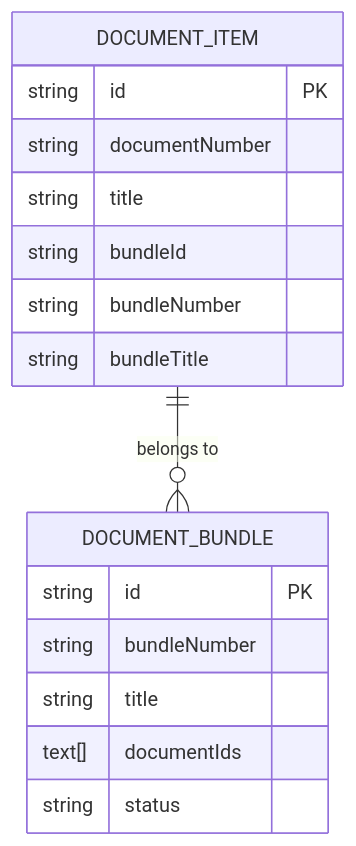
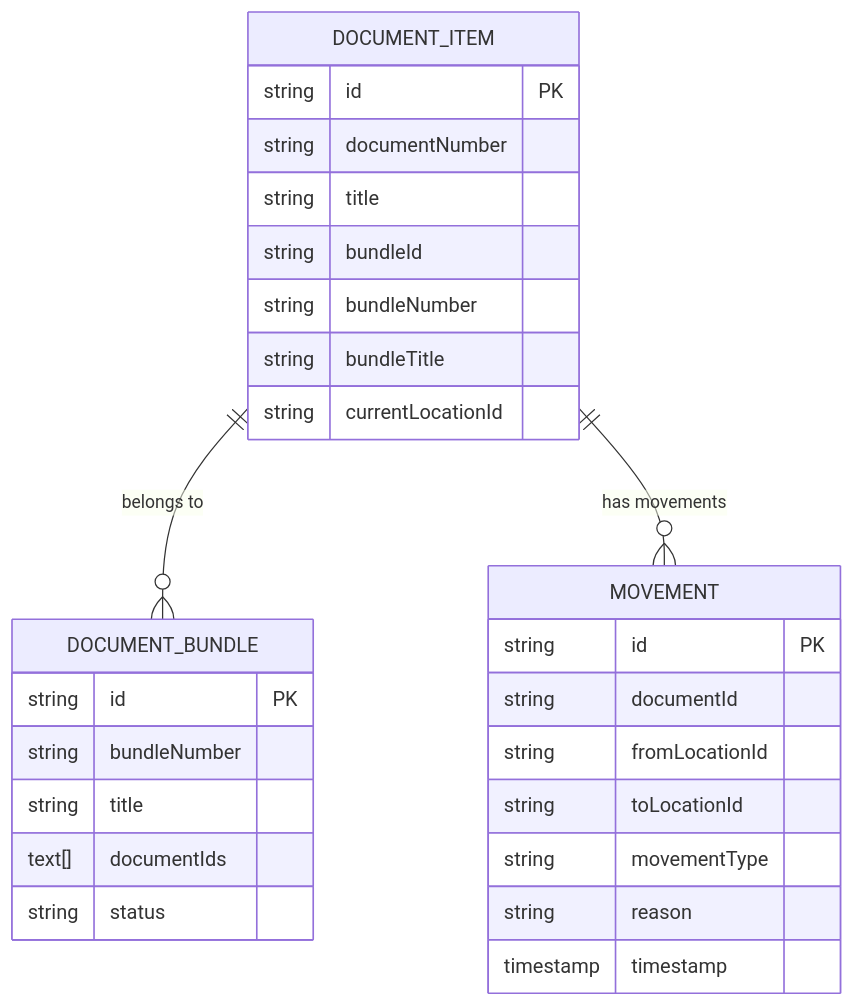
Before and after one commit to djahasiel101600/archivehub: the eighth of 8 diagrams in .qoder/repowiki/en/content/Core Features/Document Management/Bulk Operations.md, drawn with Mermaid. The commit also changed other lines of this file and 12 other files, not shown here.

````diff
--- a/.qoder/repowiki/en/content/Core Features/Document Management/Bulk Operations.md
+++ b/.qoder/repowiki/en/content/Core Features/Document Management/Bulk Operations.md
@@ -349,19 +445,30 @@
 ```mermaid
 erDiagram
 DOCUMENT_ITEM {
 string id PK
 string documentNumber
 string title
 string bundleId
 string bundleNumber
 string bundleTitle
+string currentLocationId
 }
 DOCUMENT_BUNDLE {
 string id PK
 string bundleNumber
 string title
 text[] documentIds
 string status
 }
+MOVEMENT {
+string id PK
+string documentId
+string fromLocationId
+string toLocationId
+string movementType
+string reason
+timestamp timestamp
+}
 DOCUMENT_ITEM ||--o{ DOCUMENT_BUNDLE : "belongs to"
+DOCUMENT_ITEM ||--o{ MOVEMENT : "has movements"
 ```
````
